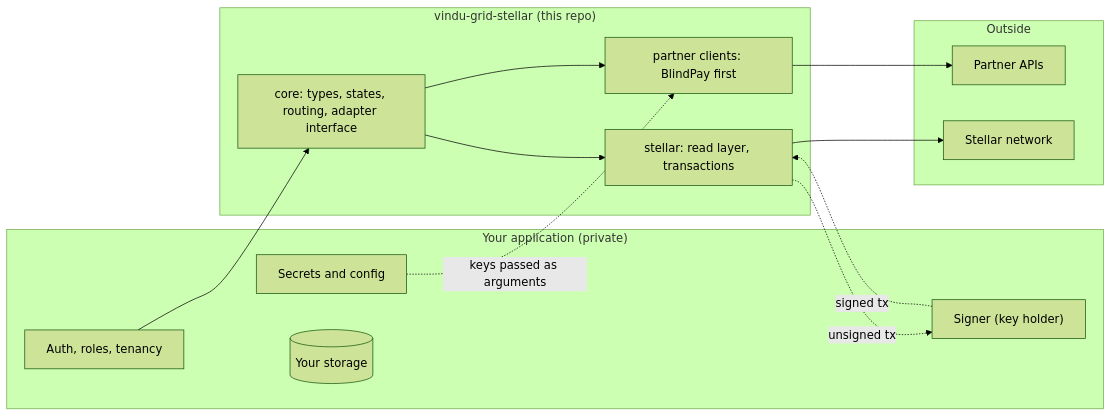
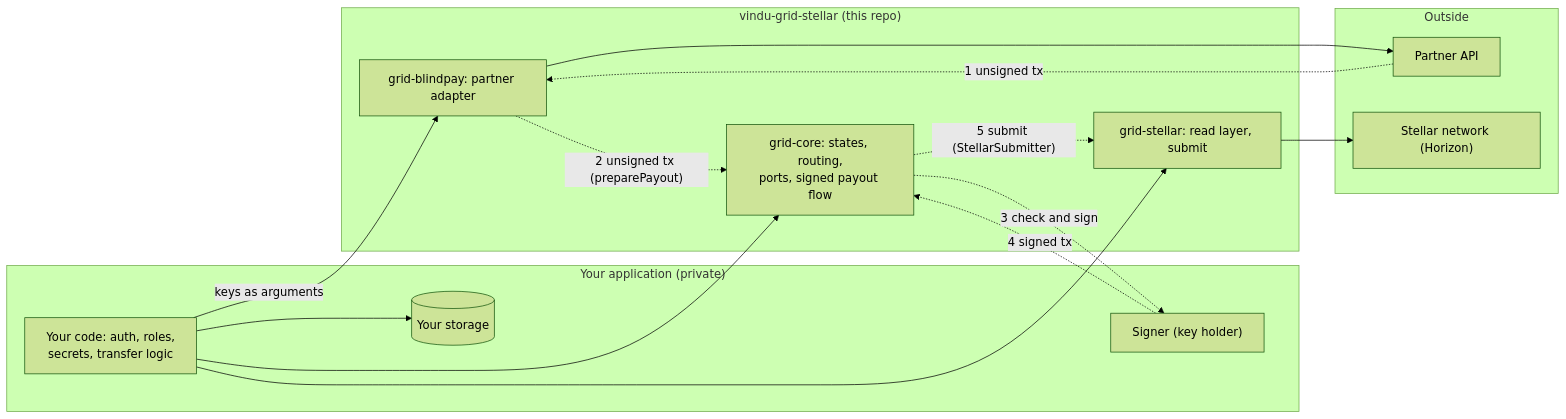
One commit to Vindu-org/vindu-grid-stellar changed the diagram in README.md. Above: the diagram before and after it, drawn with Mermaid (forest theme). The commit also changed other lines of this file, not shown here.

Commit message:
Redraw the README diagram with the real call directions
The application calls core, the partner package and the Stellar package.
The partner builds the unsigned transaction and the adapter returns it,
core hands it to the signer, and the Stellar layer submits the signed one.

````diff
--- a/README.md
+++ b/README.md
@@ -26,27 +26,28 @@
 ```mermaid
 flowchart LR
     subgraph APP["Your application (private)"]
-        AUTH["Auth, roles, tenancy"]
-        CFG["Secrets and config"]
+        CODE["Your code: auth, roles,<br/>secrets, transfer logic"]
         SIGN["Signer (key holder)"]
         DB[("Your storage")]
     end
     subgraph LIB["vindu-grid-stellar (this repo)"]
-        CORE["core: types, states, routing, adapter interface"]
-        PART["partner clients: BlindPay first"]
-        STL["stellar: read layer, transactions"]
+        CORE["grid-core: states, routing,<br/>ports, signed payout flow"]
+        PART["grid-blindpay: partner adapter"]
+        STL["grid-stellar: read layer, submit"]
     end
     subgraph EXT["Outside"]
-        PAPI["Partner APIs"]
-        NET["Stellar network"]
+        PAPI["Partner API"]
+        NET["Stellar network (Horizon)"]
     end
-    AUTH --> CORE
-    CFG -. "keys passed as arguments" .-> PART
-    CORE --> PART
-    CORE --> STL
-    STL -. "unsigned tx" .-> SIGN
-    SIGN -. "signed tx" .-> STL
-    APP --> DB
+    CODE --> CORE
+    CODE -- "keys as arguments" --> PART
+    CODE --> STL
+    CODE --> DB
     PART --> PAPI
     STL --> NET
+    PAPI -. "1 unsigned tx" .-> PART
+    PART -. "2 unsigned tx (preparePayout)" .-> CORE
+    CORE -. "3 check and sign" .-> SIGN
+    SIGN -. "4 signed tx" .-> CORE
+    CORE -. "5 submit (StellarSubmitter)" .-> STL
 ```
````
